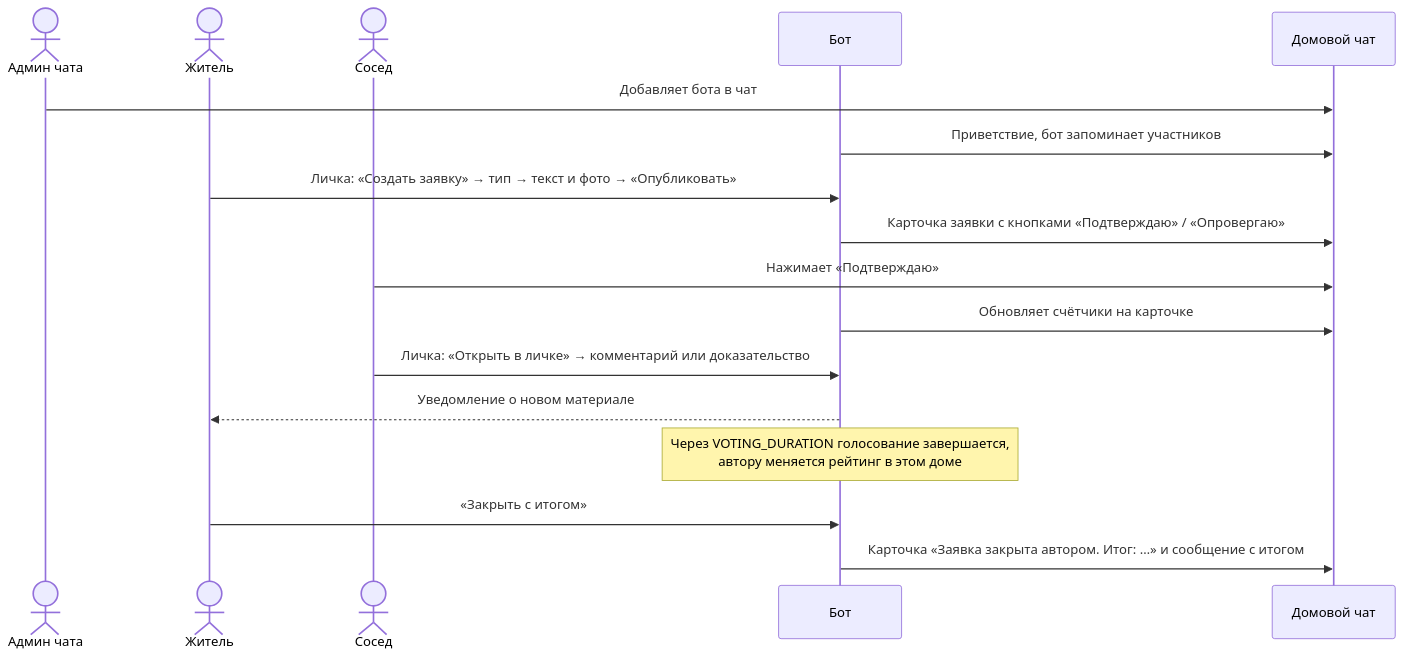
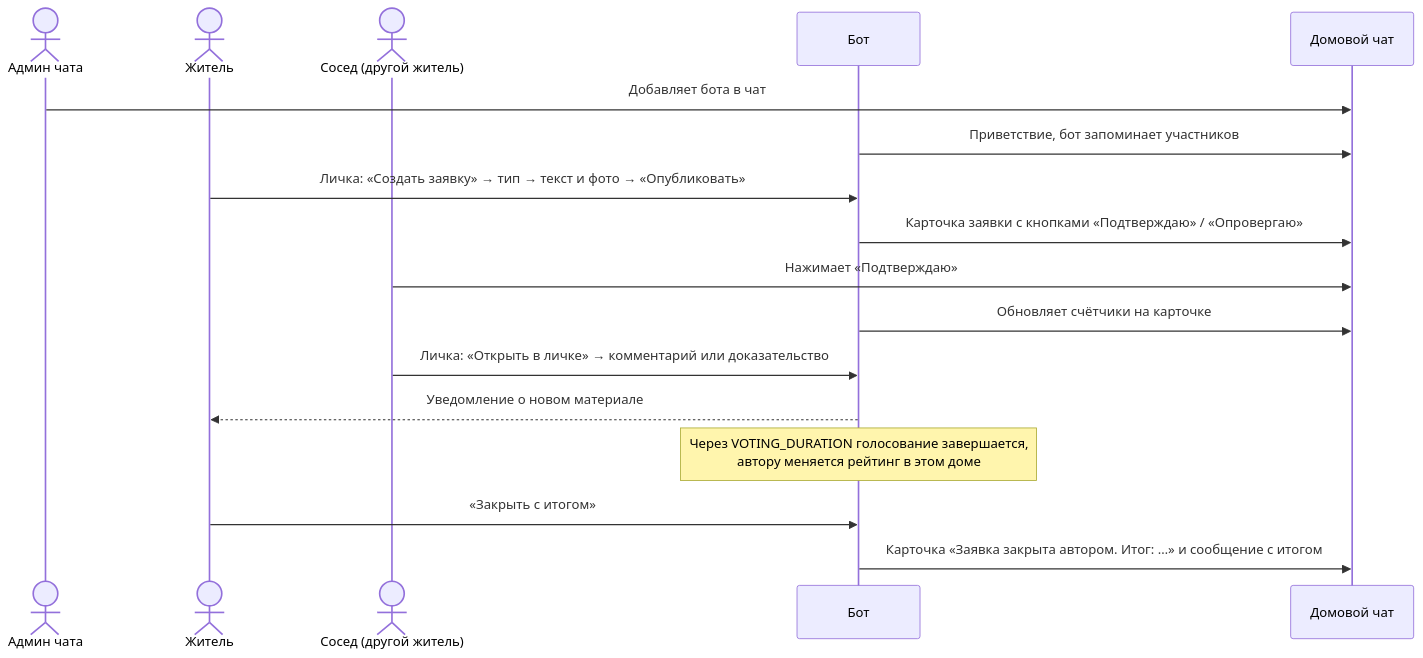
One commit to Aleksej1024/MaxHackHouseBot changed the first of 2 diagrams in README.md. Above: the diagram before and after it, drawn with Mermaid. The commit also changed other lines of this file, not shown here.

````diff
--- a/README.md
+++ b/README.md
@@ -41,20 +41,20 @@
 ```mermaid
 sequenceDiagram
     actor Admin as Админ чата
     actor Author as Житель
-    actor Neighbor as Сосед
+    actor Neighbor as Сосед (другой житель)
     participant Bot as Бот
     participant Chat as Домовой чат
 
     Admin->>Chat: Добавляет бота в чат
     Bot->>Chat: Приветствие, бот запоминает участников
     Author->>Bot: Личка: «Создать заявку» → тип → текст и фото → «Опубликовать»
     Bot->>Chat: Карточка заявки с кнопками «Подтверждаю» / «Опровергаю»
     Neighbor->>Chat: Нажимает «Подтверждаю»
     Bot->>Chat: Обновляет счётчики на карточке
     Neighbor->>Bot: Личка: «Открыть в личке» → комментарий или доказательство
     Bot-->>Author: Уведомление о новом материале
     Note over Bot: Через VOTING_DURATION голосование завершается,<br/>автору меняется рейтинг в этом доме
     Author->>Bot: «Закрыть с итогом»
     Bot->>Chat: Карточка «Заявка закрыта автором. Итог: …» и сообщение с итогом
 ```
````
